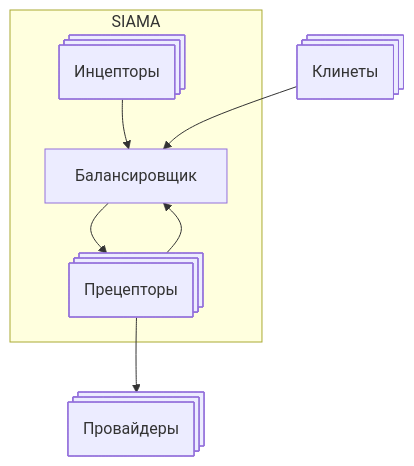
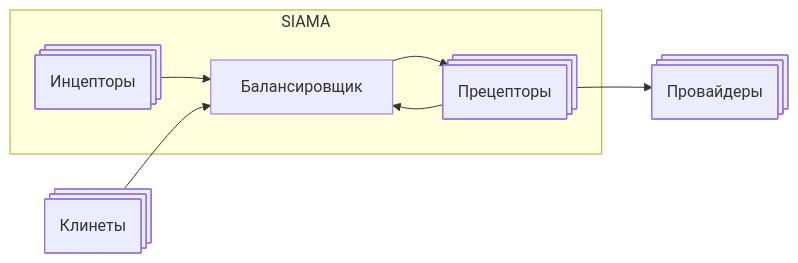
Before and after one commit to johnthesmith/scraps: the fifth of 5 diagrams in ru/siama.md, drawn with Mermaid.

````diff
--- a/ru/siama.md
+++ b/ru/siama.md
@@ -139,18 +139,18 @@
 ```mermaid
-flowchart TD  
+flowchart LR
     
     subgraph SIAMA
         inceptor([Инцепторы])@{ shape: processes }
         preceptor([Прецепторы])@{ shape: processes }
         balancer[Балансировщик]
     end
 
     provider(Провайдеры)@{ shape: processes }
     client(Клинеты)@{ shape: processes }
 
     preceptor --> provider
     inceptor --> balancer
     client --> balancer
     preceptor --> balancer
     balancer --> preceptor
 ```
````
